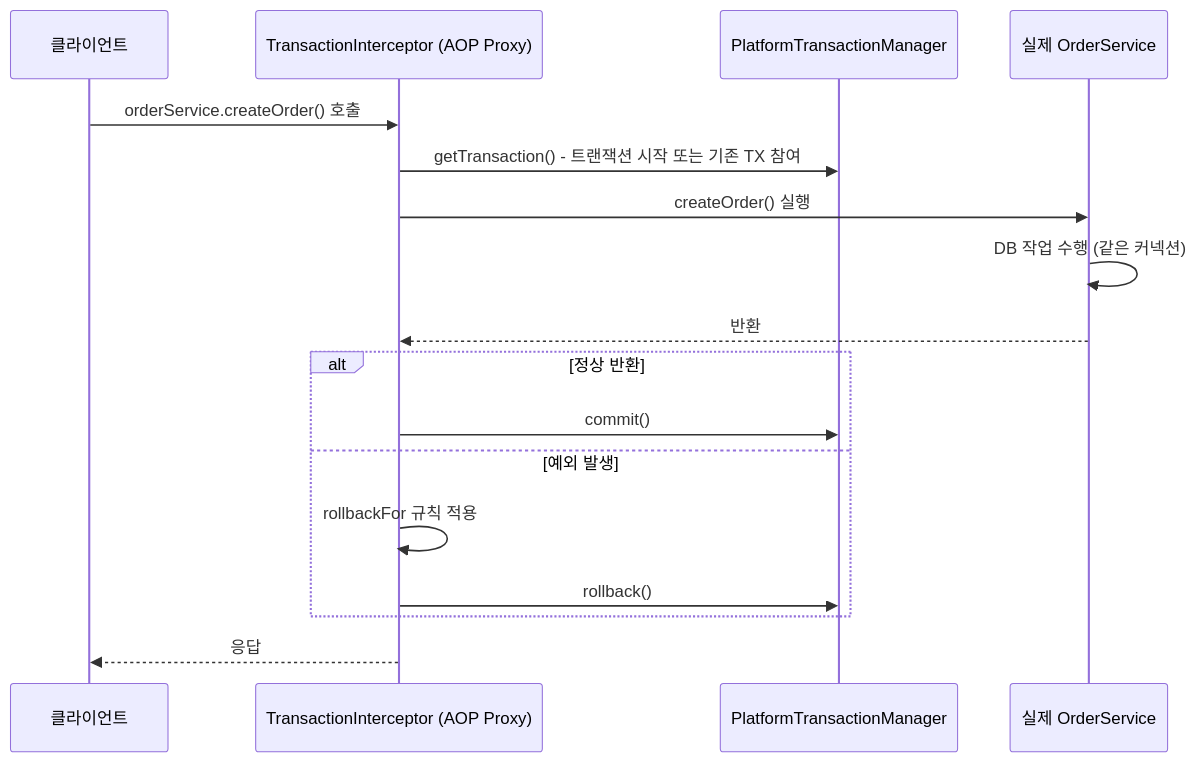
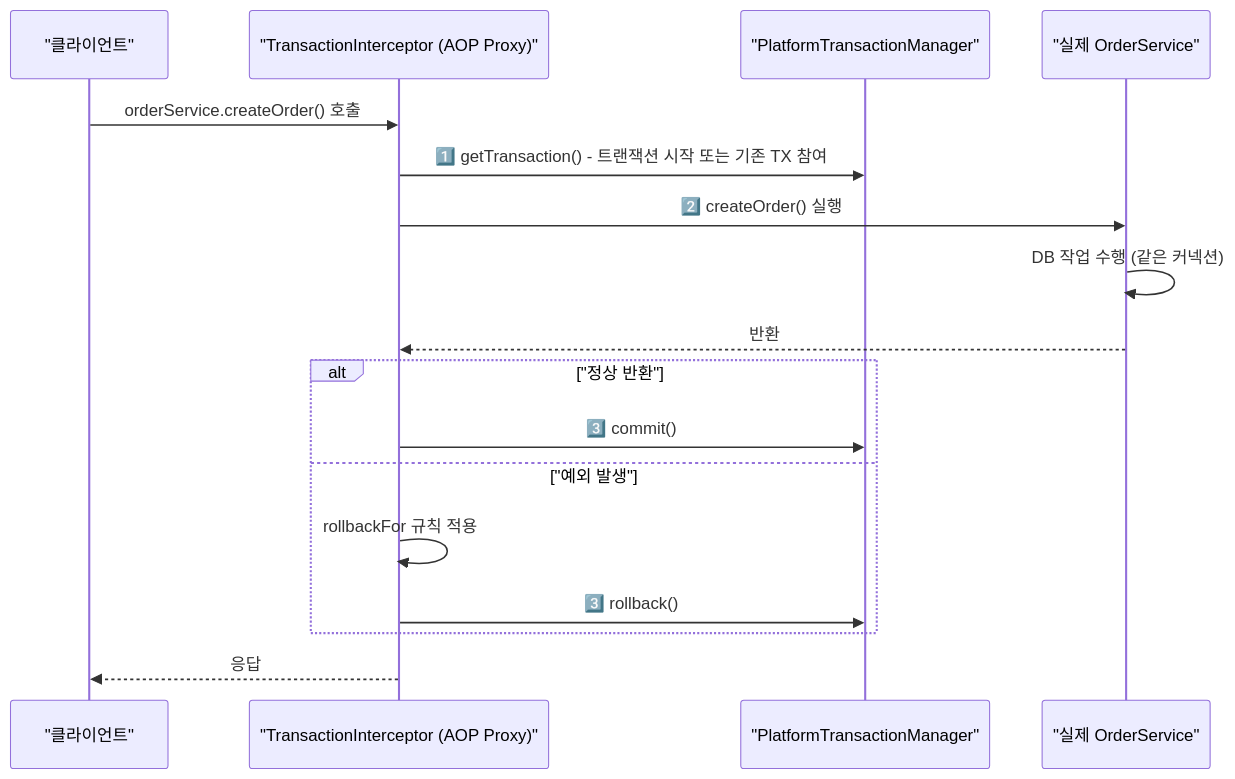
Before and after one commit to yjkim2015/yjkim2015.github.io: the first of 3 diagrams in _posts/spring/2026-05-01-spring-transaction.md, drawn with Mermaid. The commit also changed other lines of this file and 34 other files, not shown here.

First line of the commit message:
Full quality pass: 41 files — ASCII removed, 동작원리 보강, diagrams

```diff
--- a/_posts/spring/2026-05-01-spring-transaction.md
+++ b/_posts/spring/2026-05-01-spring-transaction.md
@@ -379,20 +77,20 @@
 <div class="mermaid">
 sequenceDiagram
-    participant C as 클라이언트
-    participant P as TransactionInterceptor (AOP Proxy)
-    participant TM as PlatformTransactionManager
-    participant S as 실제 OrderService
+    participant C as "클라이언트"
+    participant P as "TransactionInterceptor (AOP Proxy)"
+    participant TM as "PlatformTransactionManager"
+    participant S as "실제 OrderService"
 
     C->>P: orderService.createOrder() 호출
-    P->>TM: getTransaction() - 트랜잭션 시작 또는 기존 TX 참여
-    P->>S: createOrder() 실행
+    P->>TM: 1️⃣ getTransaction() - 트랜잭션 시작 또는 기존 TX 참여
+    P->>S: 2️⃣ createOrder() 실행
     S->>S: DB 작업 수행 (같은 커넥션)
     S-->>P: 반환
-    alt 정상 반환
-        P->>TM: commit()
-    else 예외 발생
+    alt "정상 반환"
+        P->>TM: 3️⃣ commit()
+    else "예외 발생"
         P->>P: rollbackFor 규칙 적용
-        P->>TM: rollback()
+        P->>TM: 3️⃣ rollback()
     end
     P-->>C: 응답
 </div>
```
